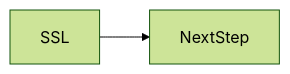
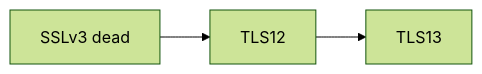
Before and after one commit to OmidJavaherii/Frontend-Engineering-Handbook: the second of 2 diagrams in docs/en/02-internet/ssl/index.md, drawn with Mermaid (forest theme). The commit also changed other lines of this file and 461 other files, not shown here.

````diff
--- a/docs/en/02-internet/ssl/index.md
+++ b/docs/en/02-internet/ssl/index.md
@@ -96,4 +105,4 @@
 ```mermaid
 flowchart LR
-  concept[SSL] --> nextStep[NextStep]
+  SSL3[SSLv3 dead] --> TLS12 --> TLS13
 ```
````
